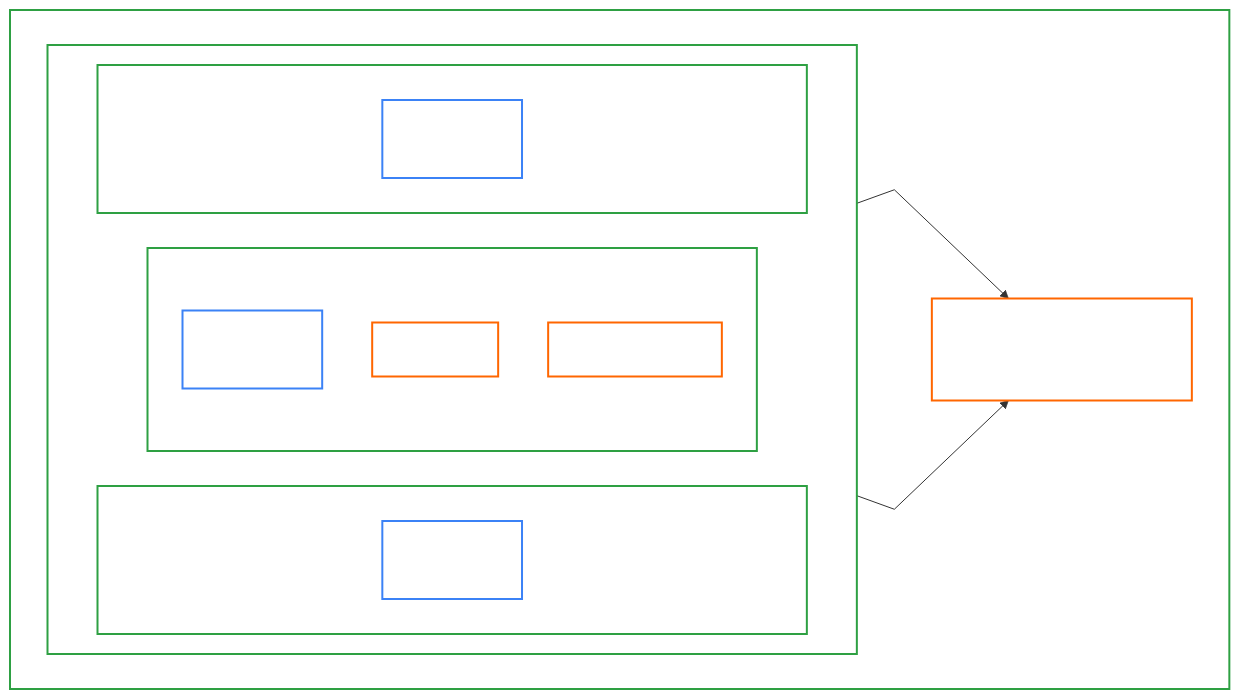
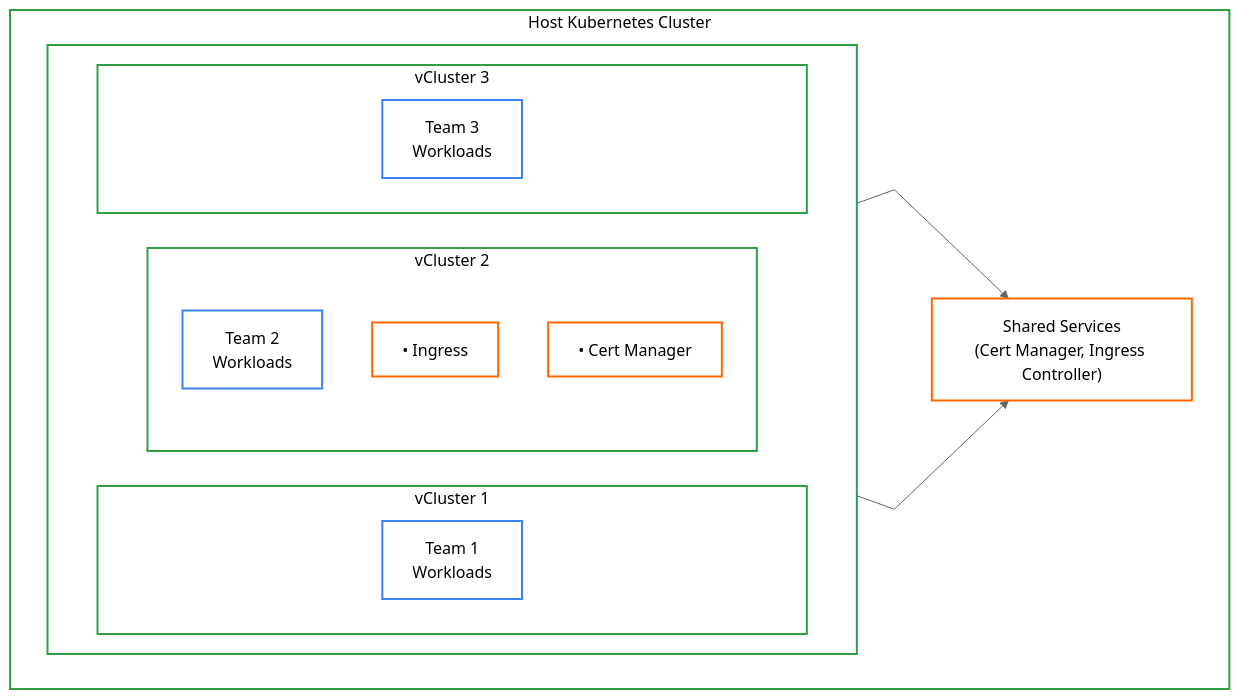
One commit to Piotr1215/cloudrumble changed the diagram in blog/_media/diagrams/07-multi-tenancy-challenges.mmd. Above: the diagram before and after it, drawn with Mermaid. The commit also changed 18 other files, not shown here.

```diff
--- a/blog/_media/diagrams/07-multi-tenancy-challenges.mmd
+++ b/blog/_media/diagrams/07-multi-tenancy-challenges.mmd
@@ -1,34 +1,34 @@
-%%{init: {'flowchart' : {'curve' : 'linear'}}}%%
+%%{init: {'theme': 'neutral', 'themeVariables': {'edgeLabelBackground': '#f5f5f5', 'nodeTextColor': '#000'}, 'flowchart' : {'curve' : 'linear'}}}%%
 flowchart TB
     subgraph host["Host Kubernetes Cluster"]
         subgraph vclusters[" "]
             direction LR
             subgraph vc1["vCluster 1"]
                 W1["Team 1<br/>Workloads"]
             end
 
             subgraph vc2["vCluster 2"]
                 direction TB
                 W2["Team 2<br/>Workloads"]
                 Ingress2["• Ingress"]
                 CertManager2["• Cert Manager"]
             end
 
             subgraph vc3["vCluster 3"]
                 W3["Team 3<br/>Workloads"]
             end
         end
 
         Shared["Shared Services<br/>(Cert Manager, Ingress Controller)"]
     end
 
     W1 --> Shared
     W3 --> Shared
 
-    classDef cluster fill:transparent,stroke:#2ea043,stroke-width:2px,color:#fff
-    classDef workload fill:transparent,stroke:#3b82f6,stroke-width:2px,color:#fff
-    classDef service fill:transparent,stroke:#FF6600,stroke-width:2px,color:#fff
+    classDef cluster fill:white,stroke:#2ea043,stroke-width:2px,color:#000
+    classDef workload fill:white,stroke:#3b82f6,stroke-width:2px,color:#000
+    classDef service fill:white,stroke:#FF6600,stroke-width:2px,color:#000
 
     class vc1,vc2,vc3 cluster
     class W1,W2,W3 workload
     class Shared,CertManager2,Ingress2 service
```
